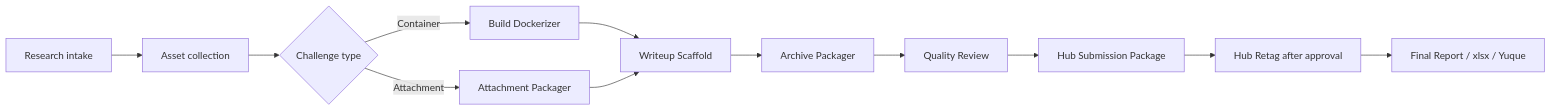
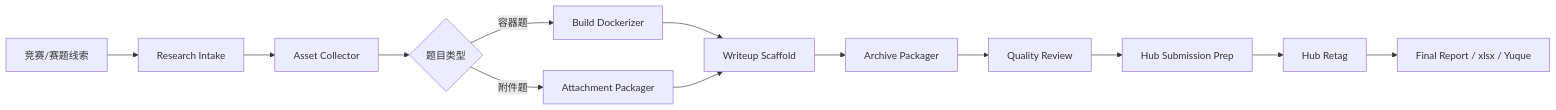
Before and after one commit to D1a0y1bb/CloverSec-CTF-ForExample: the diagram in README.md, drawn with Mermaid. The commit also changed other lines of this file and 1 other file, not shown here.

````diff
--- a/README.md
+++ b/README.md
@@ -89,14 +307,15 @@
 ```mermaid
 flowchart LR
-    A["Research intake"] --> B["Asset collection"]
-    B --> C{"Challenge type"}
-    C -->|Container| D["Build Dockerizer"]
-    C -->|Attachment| E["Attachment Packager"]
-    D --> F["Writeup Scaffold"]
-    E --> F
-    F --> G["Archive Packager"]
-    G --> H["Quality Review"]
-    H --> I["Hub Submission Package"]
-    I --> J["Hub Retag after approval"]
-    J --> K["Final Report / xlsx / Yuque"]
+  A["竞赛/赛题线索"] --> B["Research Intake"]
+  B --> C["Asset Collector"]
+  C --> D{"题目类型"}
+  D -->|"容器题"| E["Build Dockerizer"]
+  D -->|"附件题"| F["Attachment Packager"]
+  E --> G["Writeup Scaffold"]
+  F --> G
+  G --> H["Archive Packager"]
+  H --> I["Quality Review"]
+  I --> J["Hub Submission Prep"]
+  J --> K["Hub Retag"]
+  K --> L["Final Report / xlsx / Yuque"]
 ```
````
